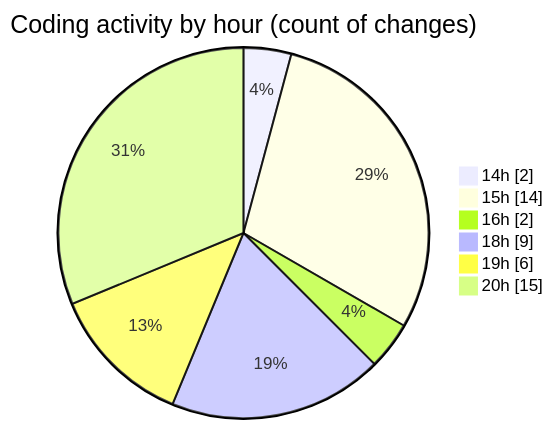
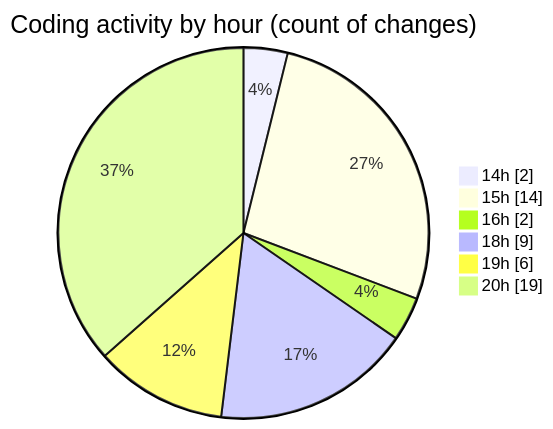
One commit to Netris89/code-tracking changed the second of 2 diagrams in 2025-03-21/back-end/README.md. Above: the diagram before and after it, drawn with Mermaid. The commit also changed other lines of this file and 1 other file, not shown here.

````diff
--- a/2025-03-21/back-end/README.md
+++ b/2025-03-21/back-end/README.md
@@ -31,10 +31,10 @@
 ```mermaid
 pie showData
 title Coding activity by hour (count of changes)
 "14h" : 2
 "15h" : 14
 "16h" : 2
 "18h" : 9
 "19h" : 6
-"20h" : 15
+"20h" : 19
 ```
````
